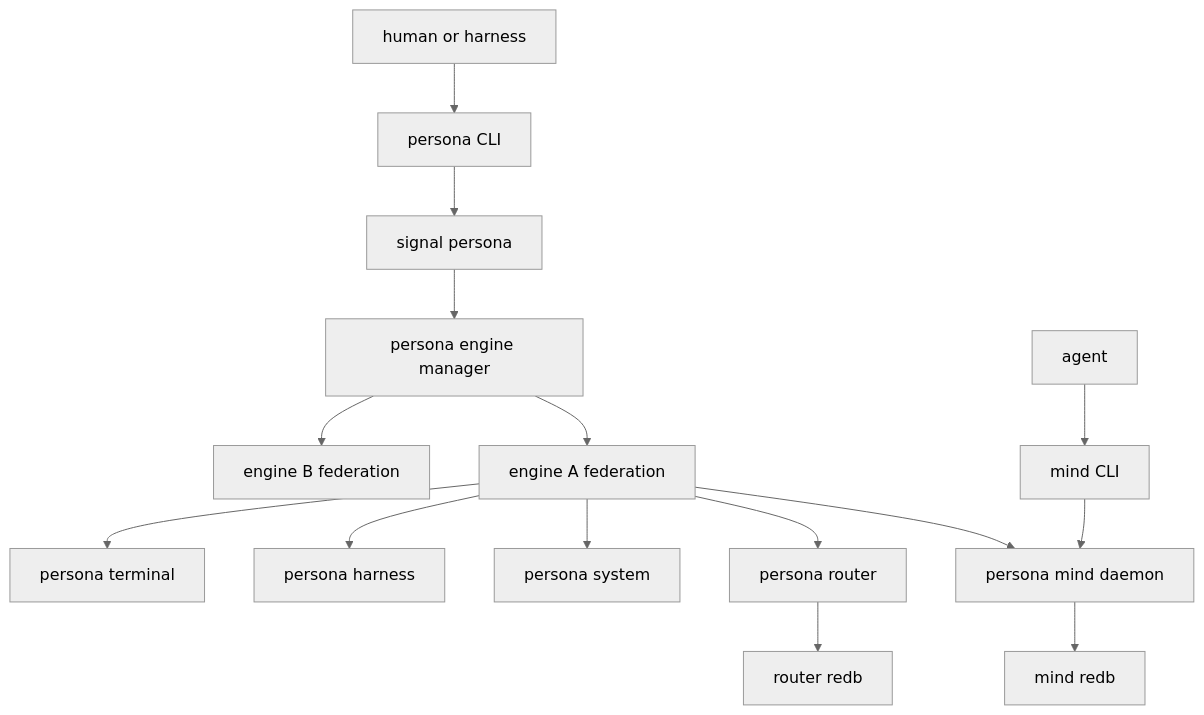
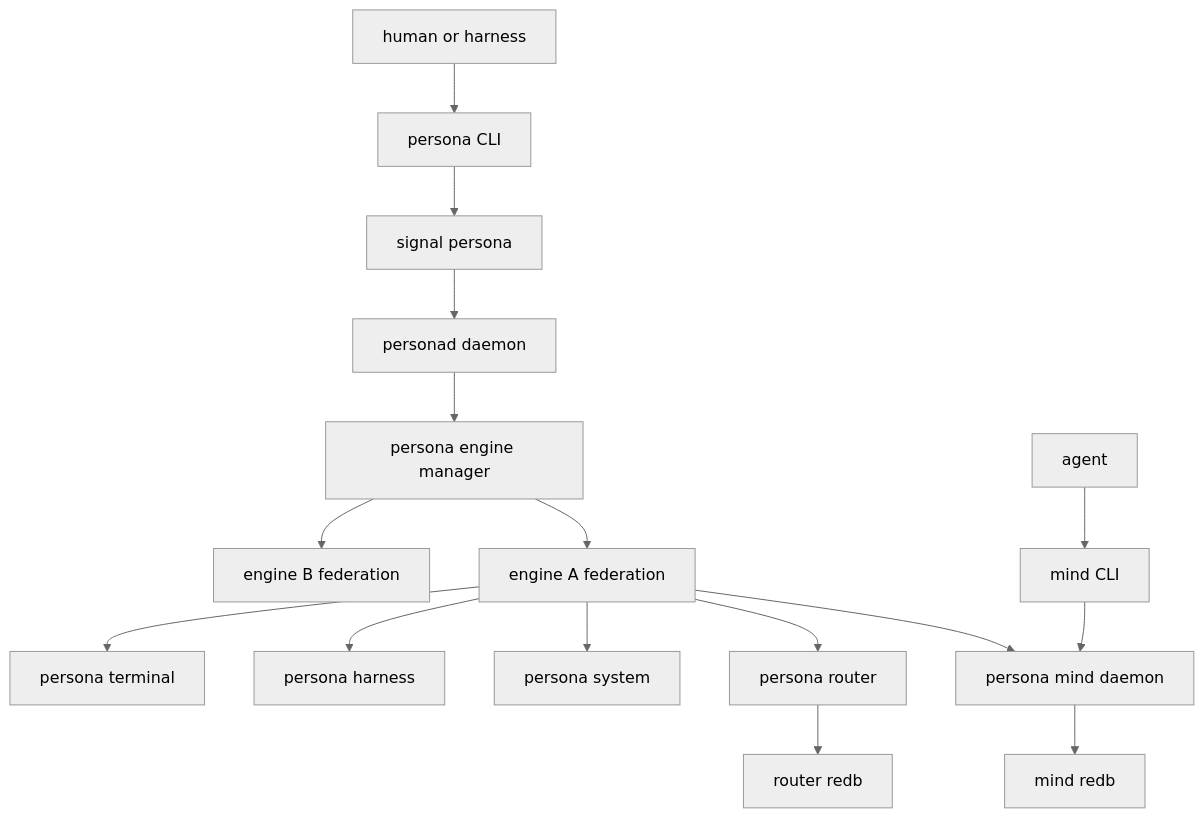
The first of 7 diagrams in ARCHITECTURE.md (LiGoldragon/persona), drawn with Mermaid (neutral theme) before and after one commit. The commit also changed other lines of this file and 9 other files, not shown here.

Commit message:
persona daemon client slice

````diff
--- a/ARCHITECTURE.md
+++ b/ARCHITECTURE.md
@@ -52,17 +57,18 @@
 ```mermaid
 graph TB
     operator[human or harness] --> persona_cli[persona CLI]
     persona_cli --> persona_contract[signal persona]
-    persona_contract --> manager[persona engine manager]
+    persona_contract --> personad[personad daemon]
+    personad --> manager[persona engine manager]
     manager --> engine_a[engine A federation]
     manager --> engine_b[engine B federation]
     engine_a --> mind_daemon[persona mind daemon]
     engine_a --> router[persona router]
     engine_a --> system[persona system]
     engine_a --> harness[persona harness]
     engine_a --> terminal[persona terminal]
     agent[agent] --> mind_cli[mind CLI]
     mind_cli --> mind_daemon
     mind_daemon --> mind_db[mind redb]
     router --> router_db[router redb]
 ```
````
